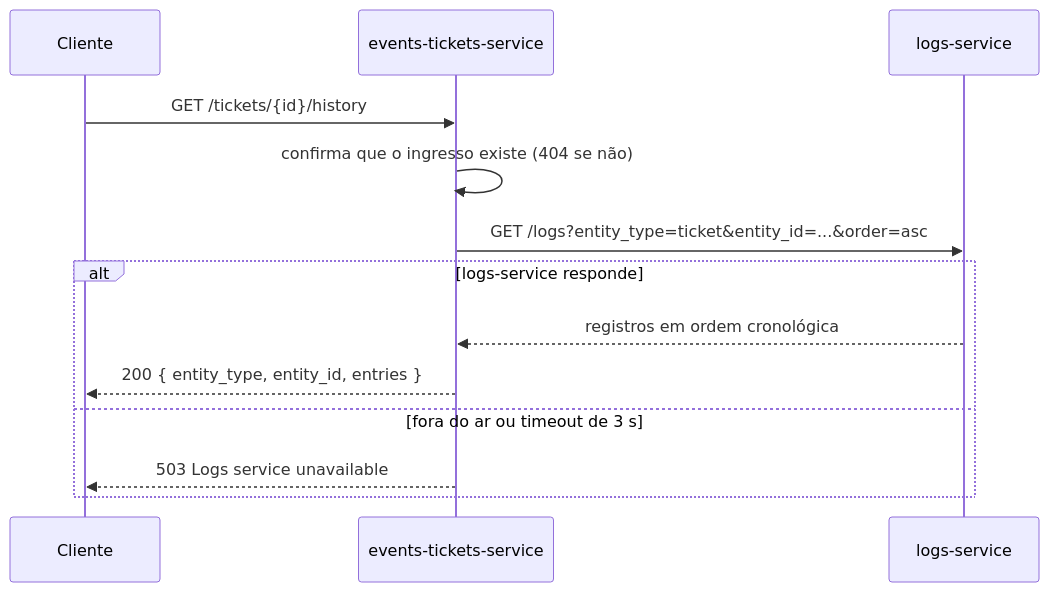
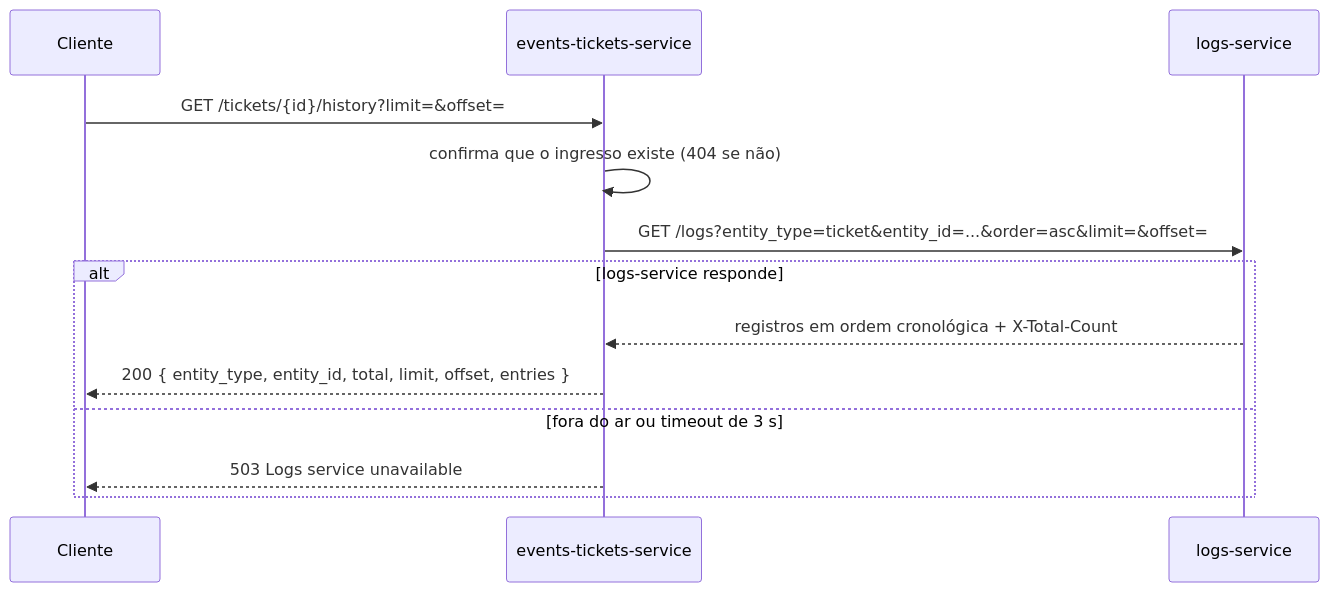
The third of 3 diagrams in docs/contratos-api.md (Igor-Lazarin-Oliani/events-tickets-ms), drawn with Mermaid before and after one commit. The commit also changed other lines of this file and 38 other files, not shown here.

````diff
--- a/docs/contratos-api.md
+++ b/docs/contratos-api.md
@@ -184,15 +198,15 @@
 ```mermaid
 sequenceDiagram
     participant C as Cliente
     participant S as events-tickets-service
     participant L as logs-service
-    C->>S: GET /tickets/{id}/history
+    C->>S: GET /tickets/{id}/history?limit=&offset=
     S->>S: confirma que o ingresso existe (404 se não)
-    S->>L: GET /logs?entity_type=ticket&entity_id=...&order=asc
+    S->>L: GET /logs?entity_type=ticket&entity_id=...&order=asc&limit=&offset=
     alt logs-service responde
-        L-->>S: registros em ordem cronológica
-        S-->>C: 200 { entity_type, entity_id, entries }
+        L-->>S: registros em ordem cronológica + X-Total-Count
+        S-->>C: 200 { entity_type, entity_id, total, limit, offset, entries }
     else fora do ar ou timeout de 3 s
         S-->>C: 503 Logs service unavailable
     end
 ```
````
